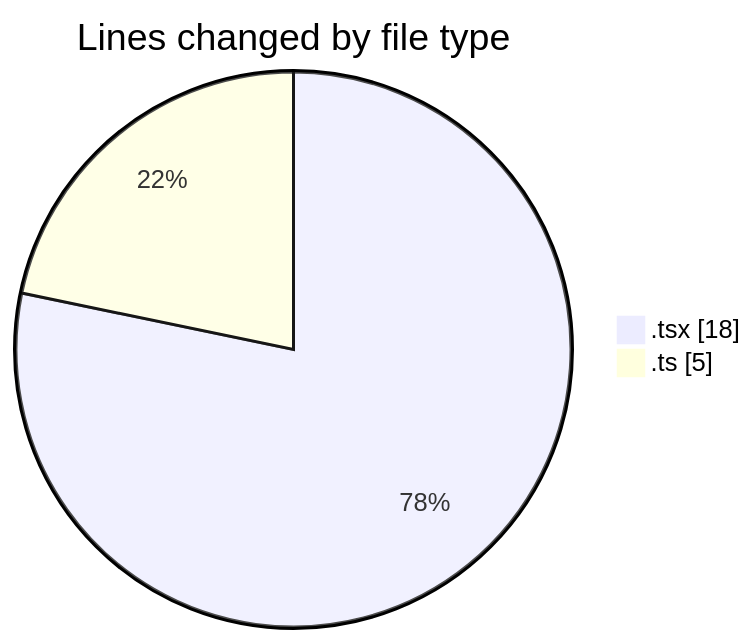
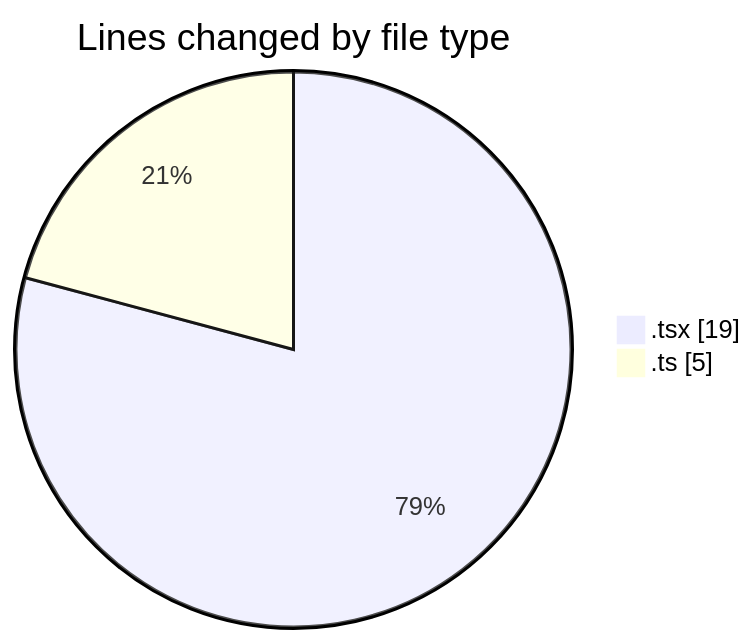
Before and after one commit to momahboobian/code-tracking: the first of 2 diagrams in 2025-02-28/cda/README.md, drawn with Mermaid. The commit also changed other lines of this file and 1 other file, not shown here.

````diff
--- a/2025-02-28/cda/README.md
+++ b/2025-02-28/cda/README.md
@@ -22,6 +22,6 @@
 ```mermaid
 pie showData
 title Lines changed by file type
-".tsx" : 18
+".tsx" : 19
 ".ts" : 5
 ```
````
